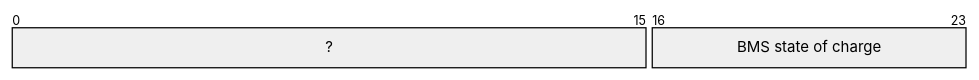
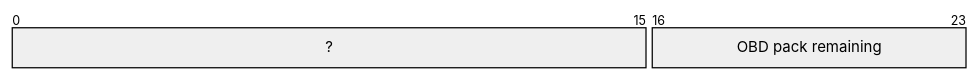
Before and after one commit to W-Floyd/go-micomd: diagram 27 of 41 in docs/spec/kia-ev6-gen5w.md, drawn with Mermaid. The commit also changed other lines of this file and 18 other files, not shown here.

````diff
--- a/docs/spec/kia-ev6-gen5w.md
+++ b/docs/spec/kia-ev6-gen5w.md
@@ -815,5 +815,5 @@
 ```mermaid
 packet-beta
 0-15: "?"
-16-23: "BMS state of charge"
+16-23: "OBD pack remaining"
 ```
````
